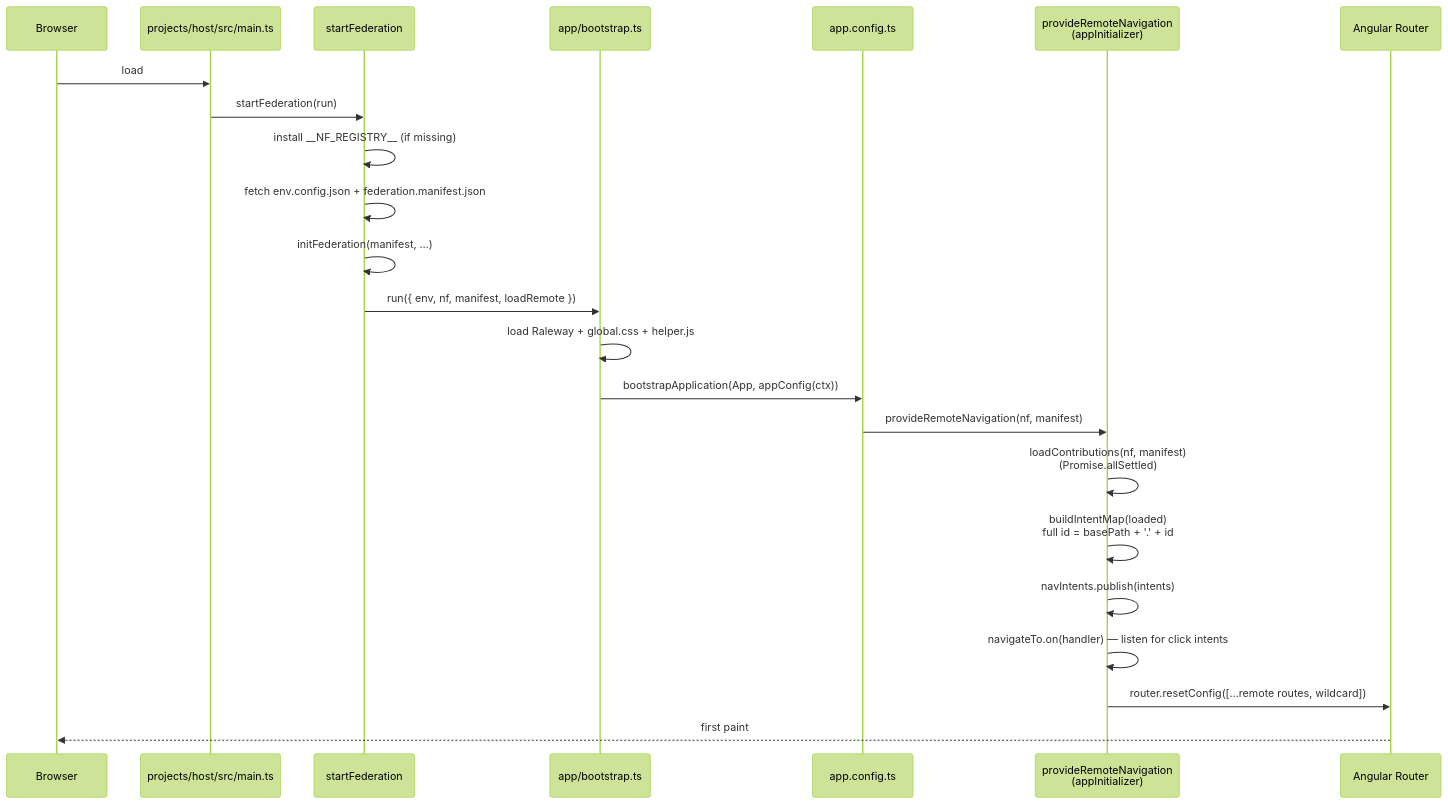
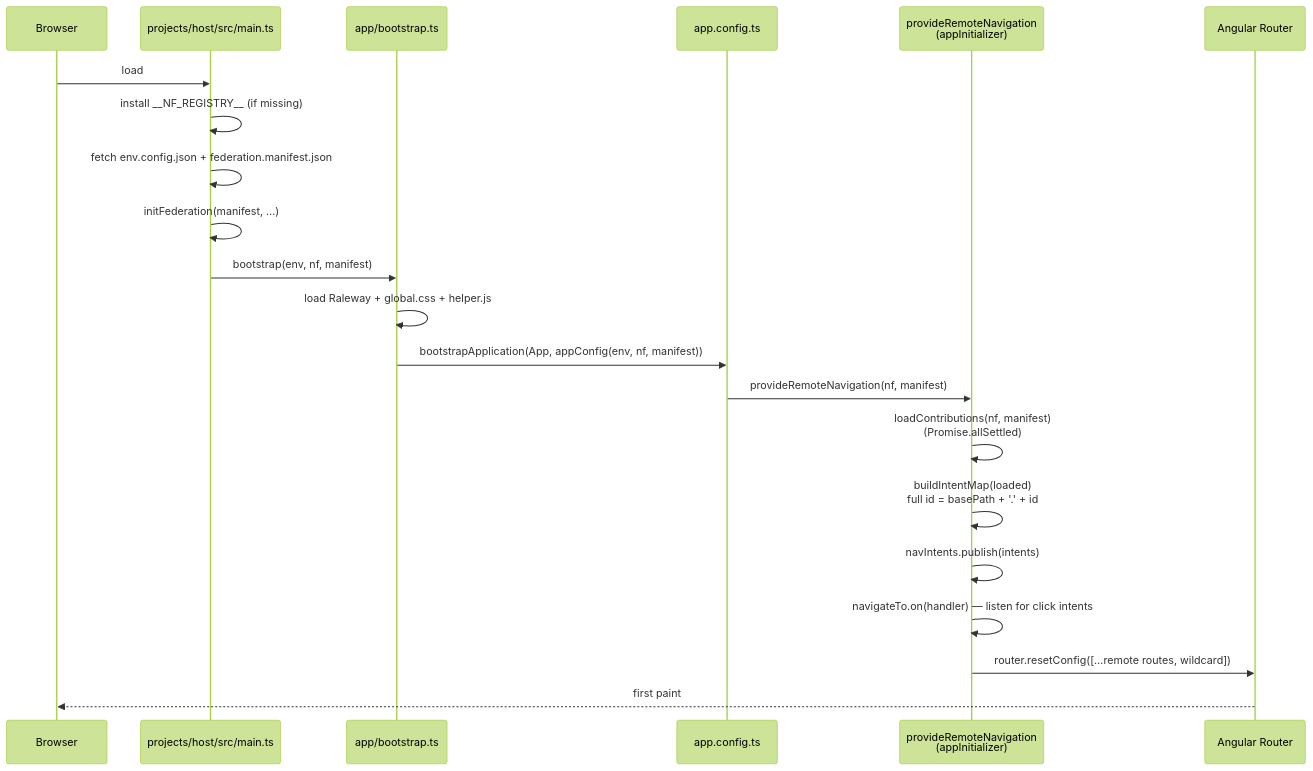
Before and after one commit to native-federation/playground: the fourth of 4 diagrams in angular/tractor-store/docs/architecture.md, drawn with Mermaid (forest theme). The commit also changed other lines of this file and 17 other files, not shown here.

First line of the commit message:
refactor(tractor-store): keep federation bootstrap inline in main.ts

````diff
--- a/angular/tractor-store/docs/architecture.md
+++ b/angular/tractor-store/docs/architecture.md
@@ -385,26 +383,24 @@
 ```mermaid
 sequenceDiagram
     participant Browser
     participant Main as projects/host/src/main.ts
-    participant Start as startFederation
     participant Boot as app/bootstrap.ts
     participant AppCfg as app.config.ts
     participant Init as provideRemoteNavigation<br/>(appInitializer)
     participant Router as Angular Router
 
     Browser->>Main: load
-    Main->>Start: startFederation(run)
-    Start->>Start: install __NF_REGISTRY__ (if missing)
-    Start->>Start: fetch env.config.json + federation.manifest.json
-    Start->>Start: initFederation(manifest, …)
-    Start->>Boot: run({ env, nf, manifest, loadRemote })
+    Main->>Main: install __NF_REGISTRY__ (if missing)
+    Main->>Main: fetch env.config.json + federation.manifest.json
+    Main->>Main: initFederation(manifest, …)
+    Main->>Boot: bootstrap(env, nf, manifest)
     Boot->>Boot: load Raleway + global.css + helper.js
-    Boot->>AppCfg: bootstrapApplication(App, appConfig(ctx))
+    Boot->>AppCfg: bootstrapApplication(App, appConfig(env, nf, manifest))
     AppCfg->>Init: provideRemoteNavigation(nf, manifest)
     Init->>Init: loadContributions(nf, manifest)<br/>(Promise.allSettled)
     Init->>Init: buildIntentMap(loaded)<br/>full id = basePath + '.' + id
     Init->>Init: navIntents.publish(intents)
     Init->>Init: navigateTo.on(handler) — listen for click intents
     Init->>Router: router.resetConfig([…remote routes, wildcard])
     Router-->>Browser: first paint
 ```
````
